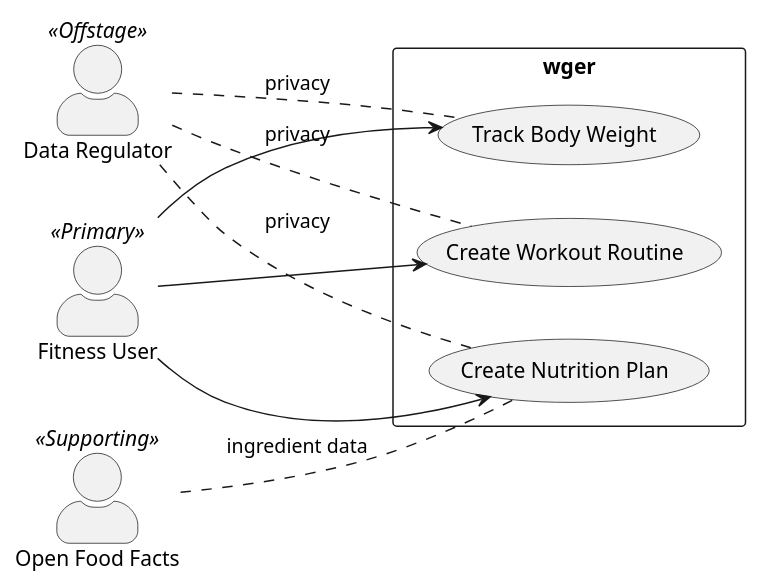
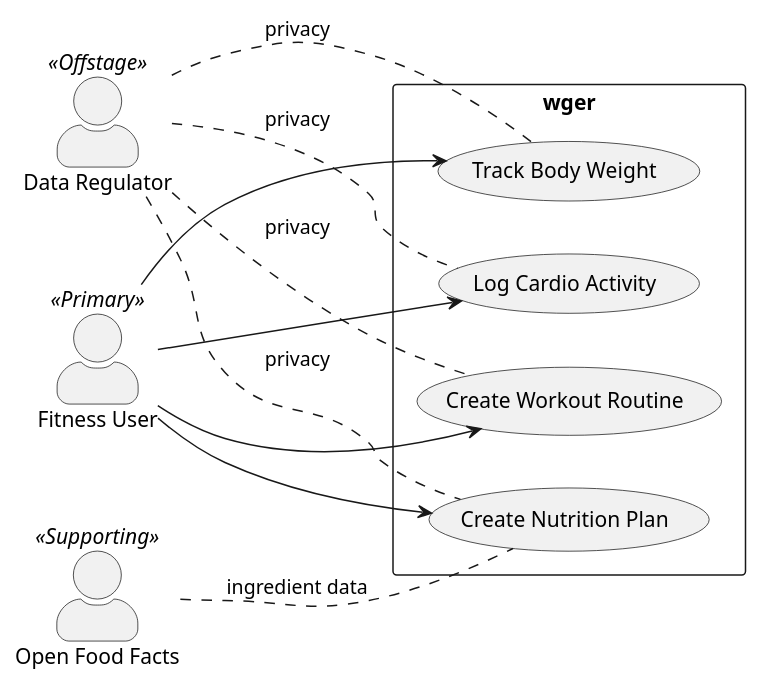
One commit to simonsalazar17/wger changed the diagram in docs/use-case-diagram.puml. Above: the diagram before and after it, drawn with PlantUML. The commit also changed 8 other files, not shown here.

Commit message:
docs: add final project architecture document

```diff
--- a/docs/use-case-diagram.puml
+++ b/docs/use-case-diagram.puml
@@ -1,27 +1,30 @@
 @startuml
 
 left to right direction
 
 skinparam shadowing false
 skinparam packageStyle rectangle
 skinparam actorStyle awesome
 
 actor "Fitness User" as User <<Primary>>
 actor "Open Food Facts" as OFF <<Supporting>>
 actor "Data Regulator" as Regulator <<Offstage>>
 
 rectangle "wger" {
     usecase "Create Workout Routine" as UC1
     usecase "Create Nutrition Plan" as UC2
     usecase "Track Body Weight" as UC3
+    usecase "Log Cardio Activity" as UC4
 }
 User --> UC1 
 User --> UC2
 User --> UC3
+User --> UC4
 
 OFF .. UC2 : ingredient data
 
 Regulator .. UC1 : privacy 
 Regulator .. UC2 : privacy
 Regulator .. UC3 : privacy
+Regulator .. UC4 : privacy
 @enduml
```
